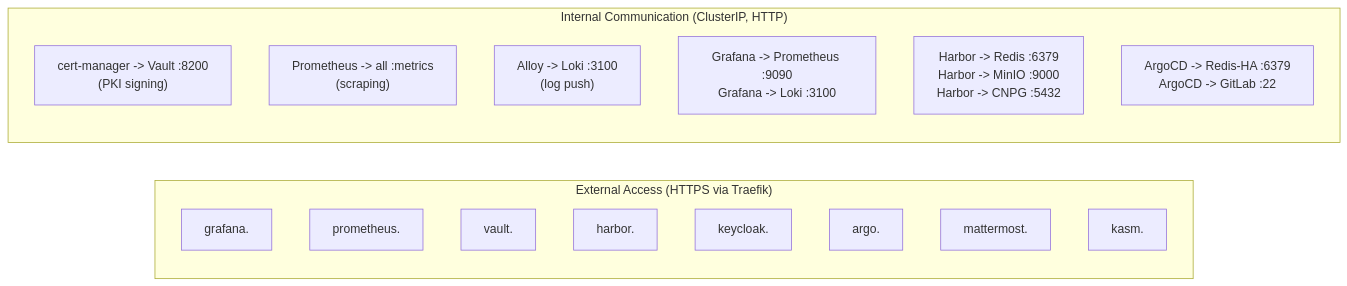
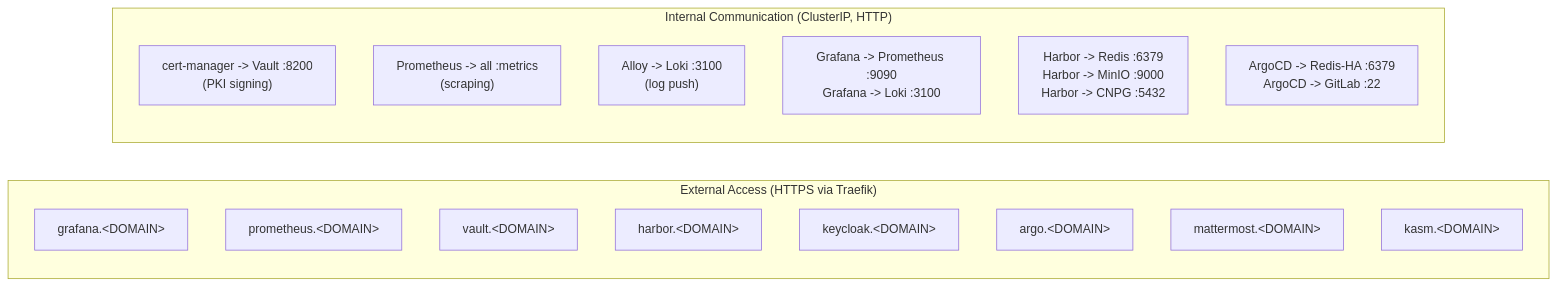
Diagram 11 of 26 in docs/engineering/system-architecture.md (derhornspieler/harvester-rke2-platform), drawn with Mermaid before and after one commit. The commit also changed other lines of this file and 127 other files, not shown here.

````diff
--- a/docs/engineering/system-architecture.md
+++ b/docs/engineering/system-architecture.md
@@ -618,22 +616,22 @@
 ```mermaid
 graph LR
     subgraph External["External Access (HTTPS via Traefik)"]
-        G_ext["grafana.<DOMAIN>"]
-        P_ext["prometheus.<DOMAIN>"]
-        V_ext["vault.<DOMAIN>"]
-        H_ext["harbor.<DOMAIN>"]
-        KC_ext["keycloak.<DOMAIN>"]
-        A_ext["argo.<DOMAIN>"]
-        MM_ext["mattermost.<DOMAIN>"]
-        K_ext["kasm.<DOMAIN>"]
+        G_ext["grafana.&lt;DOMAIN&gt;"]
+        P_ext["prometheus.&lt;DOMAIN&gt;"]
+        V_ext["vault.&lt;DOMAIN&gt;"]
+        H_ext["harbor.&lt;DOMAIN&gt;"]
+        KC_ext["keycloak.&lt;DOMAIN&gt;"]
+        A_ext["argo.&lt;DOMAIN&gt;"]
+        MM_ext["mattermost.&lt;DOMAIN&gt;"]
+        K_ext["kasm.&lt;DOMAIN&gt;"]
     end
 
     subgraph Internal["Internal Communication (ClusterIP, HTTP)"]
         CM_int["cert-manager -> Vault :8200<br/>(PKI signing)"]
         Prom_int["Prometheus -> all :metrics<br/>(scraping)"]
         Alloy_int["Alloy -> Loki :3100<br/>(log push)"]
         Grafana_int["Grafana -> Prometheus :9090<br/>Grafana -> Loki :3100"]
         Harbor_int["Harbor -> Redis :6379<br/>Harbor -> MinIO :9000<br/>Harbor -> CNPG :5432"]
         Argo_int["ArgoCD -> Redis-HA :6379<br/>ArgoCD -> GitLab :22"]
     end
 ```
````
